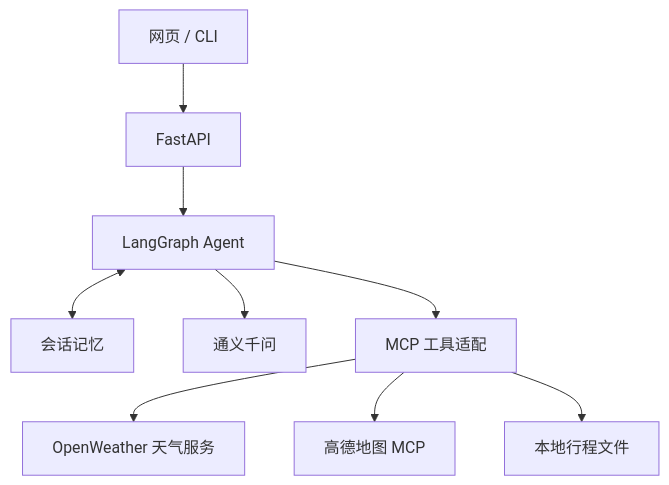
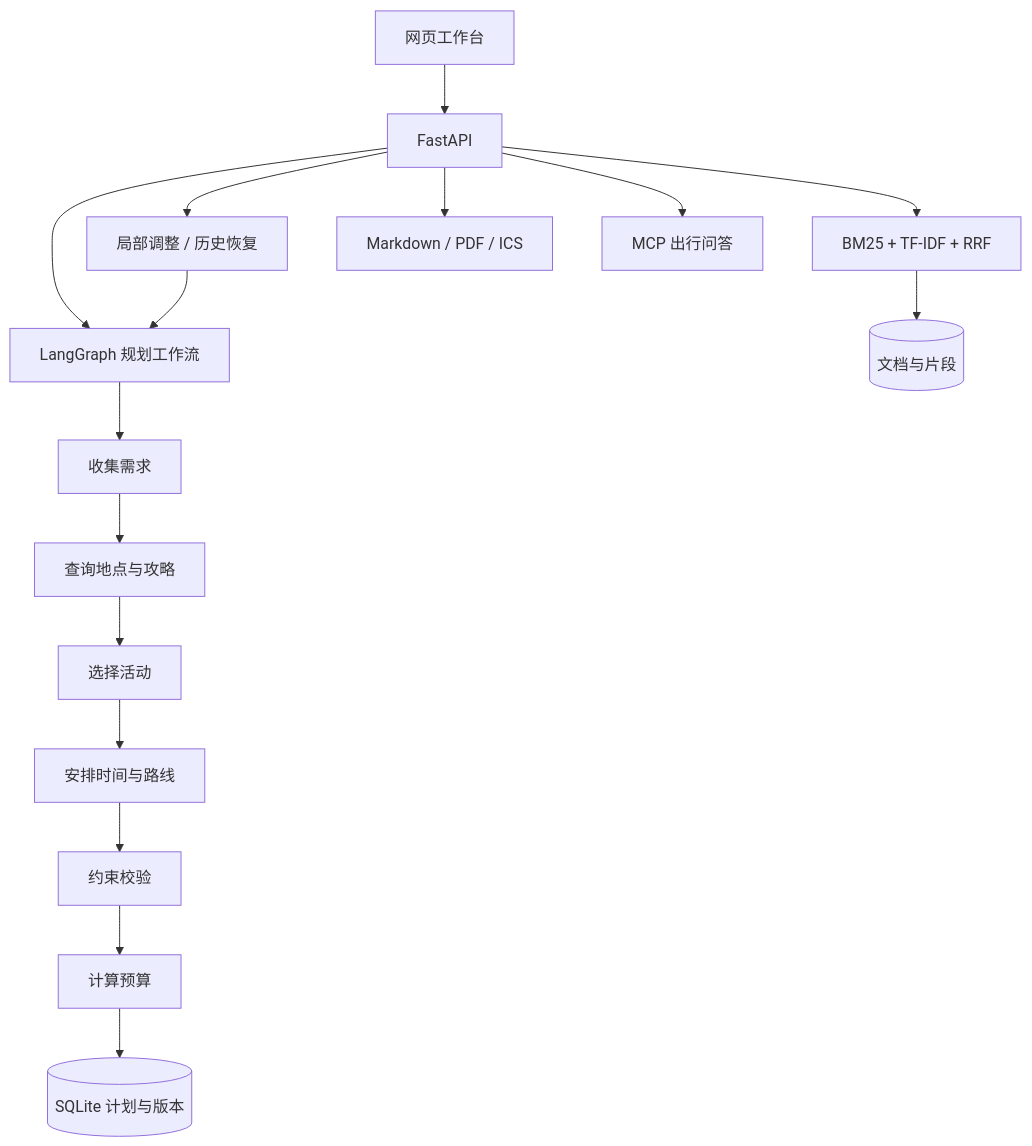
One commit to xiongzihao22/Travel-Assistant changed the diagram in README.md. Above: the diagram before and after it, drawn with Mermaid. The commit also changed other lines of this file and 5 other files, not shown here.

````diff
--- a/README.md
+++ b/README.md
@@ -19,11 +29,18 @@
 ```mermaid
 flowchart TD
-    UI[网页 / CLI] --> API[FastAPI]
-    API --> Agent[LangGraph Agent]
-    Agent <--> Memory[会话记忆]
-    Agent --> Model[通义千问]
-    Agent --> MCP[MCP 工具适配]
-    MCP --> Weather[OpenWeather 天气服务]
-    MCP --> Maps[高德地图 MCP]
-    MCP --> Files[本地行程文件]
+    UI[网页工作台] --> API[FastAPI]
+    API --> Graph[LangGraph 规划工作流]
+    Graph --> Collect[收集需求]
+    Collect --> Retrieve[查询地点与攻略]
+    Retrieve --> Select[选择活动]
+    Select --> Schedule[安排时间与路线]
+    Schedule --> Validate[约束校验]
+    Validate --> Budget[计算预算]
+    Budget --> Store[(SQLite 计划与版本)]
+    API --> Revise[局部调整 / 历史恢复]
+    Revise --> Graph
+    API --> RAG[BM25 + TF-IDF + RRF]
+    RAG --> Docs[(文档与片段)]
+    API --> Export[Markdown / PDF / ICS]
+    API --> Chat[MCP 出行问答]
 ```
````
